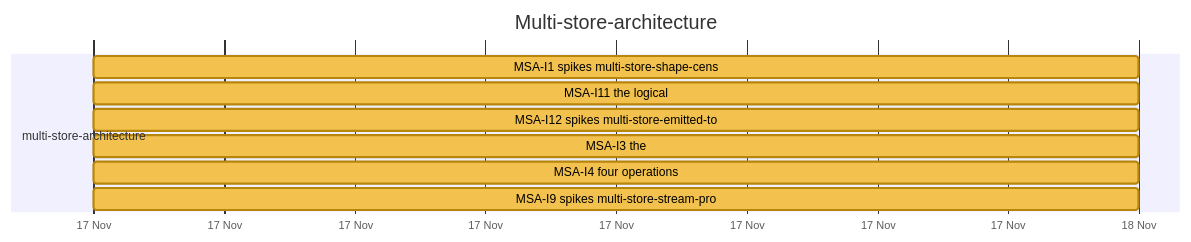
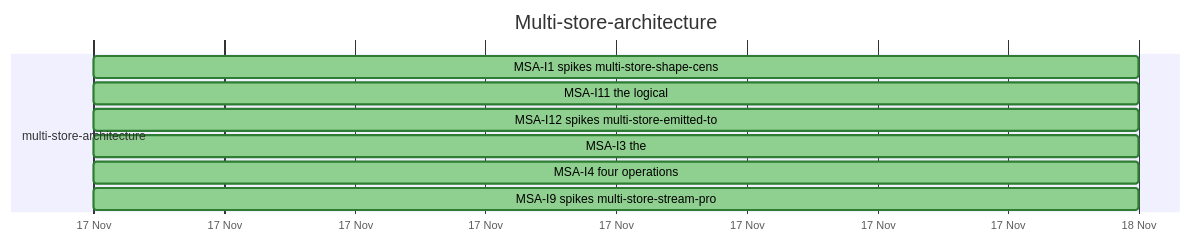
Diagram 11 of 32 in docs/developer/ROADMAP.md (nebularis/lattice), drawn with Mermaid before and after one commit. The commit also changed other lines of this file and 3 other files, not shown here.

````diff
--- a/docs/developer/ROADMAP.md
+++ b/docs/developer/ROADMAP.md
@@ -364,14 +364,14 @@
 ```mermaid
 %%{init: {"themeVariables": {"taskBkgColor": "#f2c14e", "taskBorderColor": "#b8860b", "taskTextColor": "#000000", "activeTaskBkgColor": "#4e9af1", "activeTaskBorderColor": "#1f5fbf", "activeTaskBorderColor": "#1f5fbf", "doneTaskBkgColor": "#8fcf8f", "doneTaskBorderColor": "#2f7d32", "critBkgColor": "#f28b82", "critBorderColor": "#b23a30", "taskTextDarkColor": "#000000", "taskTextLightColor": "#000000"}}}%%
 gantt
     title Multi-store-architecture
     dateFormat YYYY-MM-DD
     axisFormat %d %b
     section multi-store-architecture
-    MSA-I1 spikes multi-store-shape-cens :msai1, 2026-11-17, 2026-11-18
-    MSA-I11 the logical :msai11, 2026-11-17, 2026-11-18
-    MSA-I12 spikes multi-store-emitted-to :msai12, 2026-11-17, 2026-11-18
-    MSA-I3 the :msai3, 2026-11-17, 2026-11-18
-    MSA-I4 four operations :msai4, 2026-11-17, 2026-11-18
-    MSA-I9 spikes multi-store-stream-pro :msai9, 2026-11-17, 2026-11-18
+    MSA-I1 spikes multi-store-shape-cens :done, msai1, 2026-11-17, 2026-11-18
+    MSA-I11 the logical :done, msai11, 2026-11-17, 2026-11-18
+    MSA-I12 spikes multi-store-emitted-to :done, msai12, 2026-11-17, 2026-11-18
+    MSA-I3 the :done, msai3, 2026-11-17, 2026-11-18
+    MSA-I4 four operations :done, msai4, 2026-11-17, 2026-11-18
+    MSA-I9 spikes multi-store-stream-pro :done, msai9, 2026-11-17, 2026-11-18
 ```
````
